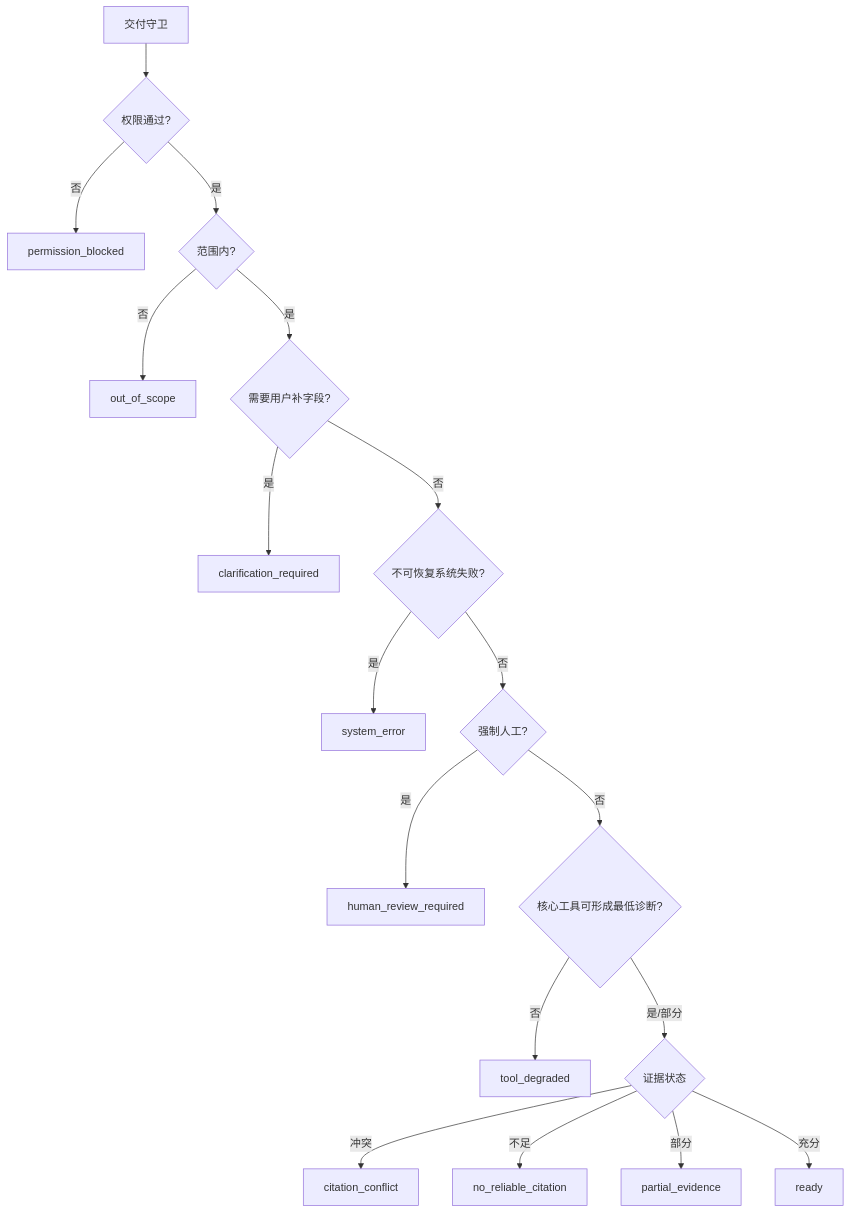
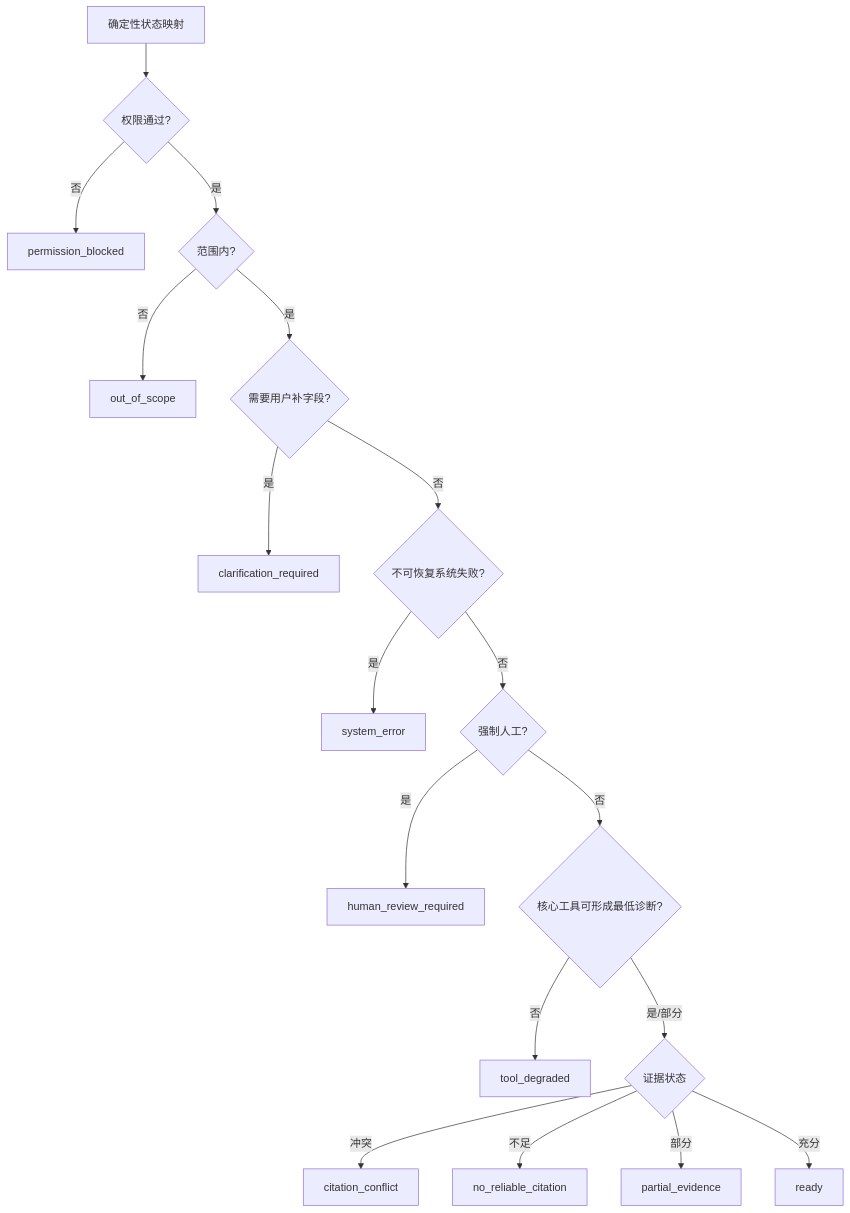
Before and after one commit to linkaka970105/ai-pm-adops-copilot: the third of 3 diagrams in 03_prd/adops_attribution_layered_prd_v5/02-solution.md, drawn with Mermaid. The commit also changed other lines of this file and 3 other files, not shown here.

````diff
--- a/03_prd/adops_attribution_layered_prd_v5/02-solution.md
+++ b/03_prd/adops_attribution_layered_prd_v5/02-solution.md
@@ -214,20 +212,20 @@
 ```mermaid
 flowchart TD
-  G[交付守卫] --> P{权限通过?}
+  G[确定性状态映射] --> P{权限通过?}
   P -- 否 --> PB[permission_blocked]
   P -- 是 --> O{范围内?}
   O -- 否 --> OS[out_of_scope]
   O -- 是 --> C{需要用户补字段?}
   C -- 是 --> CR[clarification_required]
   C -- 否 --> S{不可恢复系统失败?}
   S -- 是 --> SE[system_error]
   S -- 否 --> H{强制人工?}
   H -- 是 --> HR[human_review_required]
   H -- 否 --> T{核心工具可形成最低诊断?}
   T -- 否 --> TD[tool_degraded]
   T -- 是/部分 --> E{证据状态}
   E -- 冲突 --> CC[citation_conflict]
   E -- 不足 --> NR[no_reliable_citation]
   E -- 部分 --> PE[partial_evidence]
   E -- 充分 --> R[ready]
 ```
````
